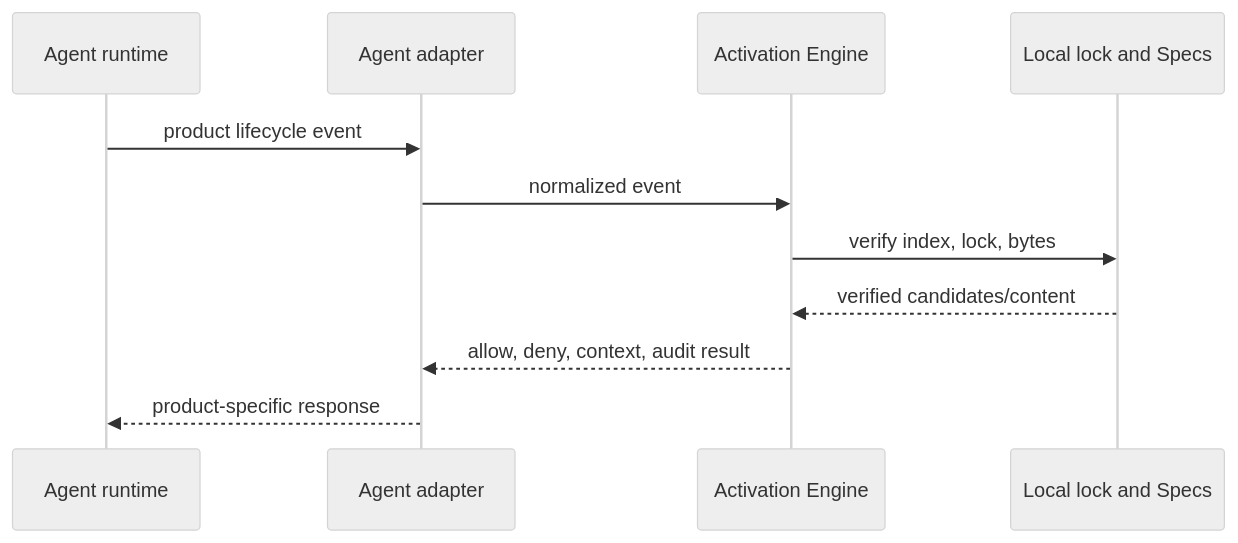
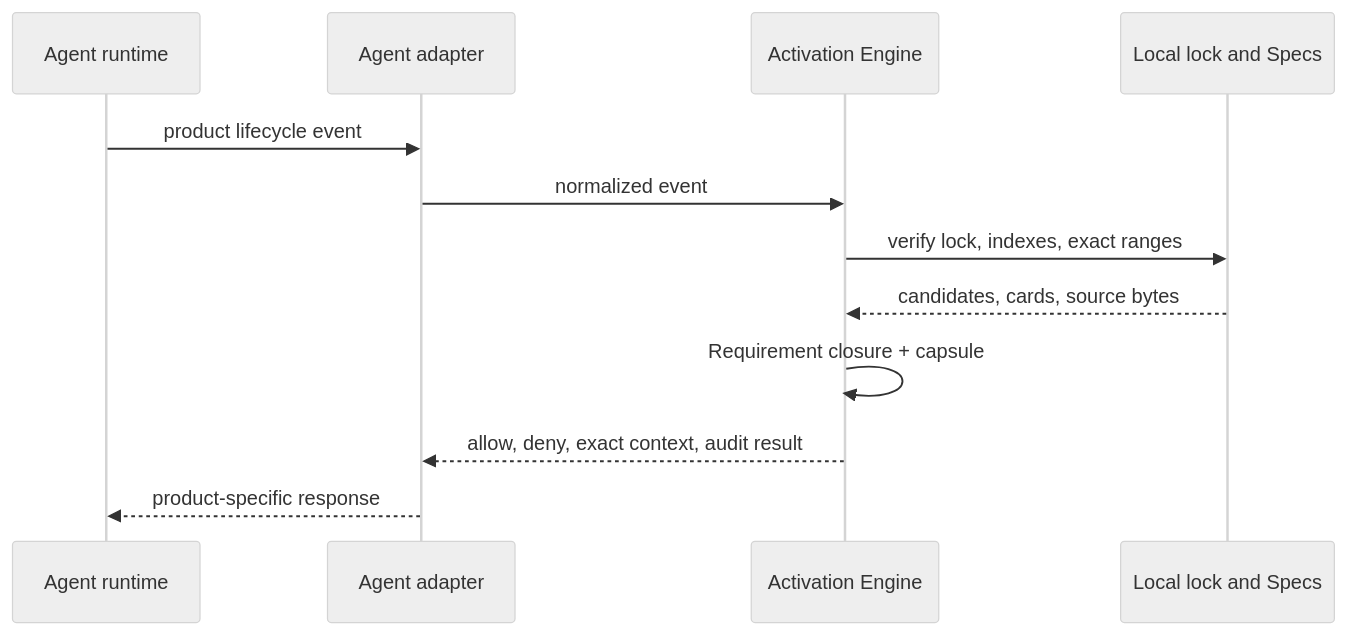
The second of 3 diagrams in docs/design-docs/agent-neutral-harness-adapters.md (XiaoWeiKIN/RepoFoundryAI), drawn with Mermaid (neutral theme) before and after one commit. The commit also changed other lines of this file and 25 other files, not shown here.

````diff
--- a/docs/design-docs/agent-neutral-harness-adapters.md
+++ b/docs/design-docs/agent-neutral-harness-adapters.md
@@ -262,14 +264,15 @@
 ```mermaid
 sequenceDiagram
     participant R as Agent runtime
     participant D as Agent adapter
     participant E as Activation Engine
     participant L as Local lock and Specs
 
     R->>D: product lifecycle event
     D->>E: normalized event
-    E->>L: verify index, lock, bytes
-    L-->>E: verified candidates/content
-    E-->>D: allow, deny, context, audit result
+    E->>L: verify lock, indexes, exact ranges
+    L-->>E: candidates, cards, source bytes
+    E->>E: Requirement closure + capsule
+    E-->>D: allow, deny, exact context, audit result
     D-->>R: product-specific response
 ```
````
